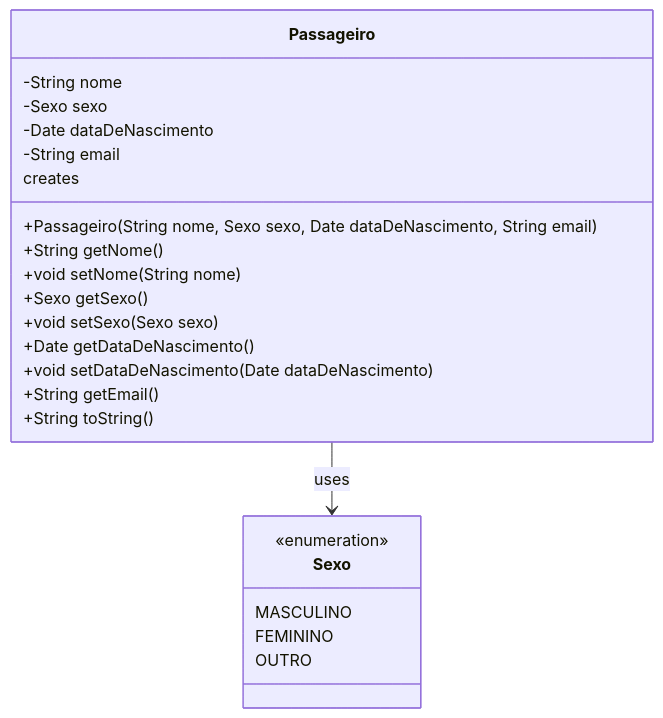
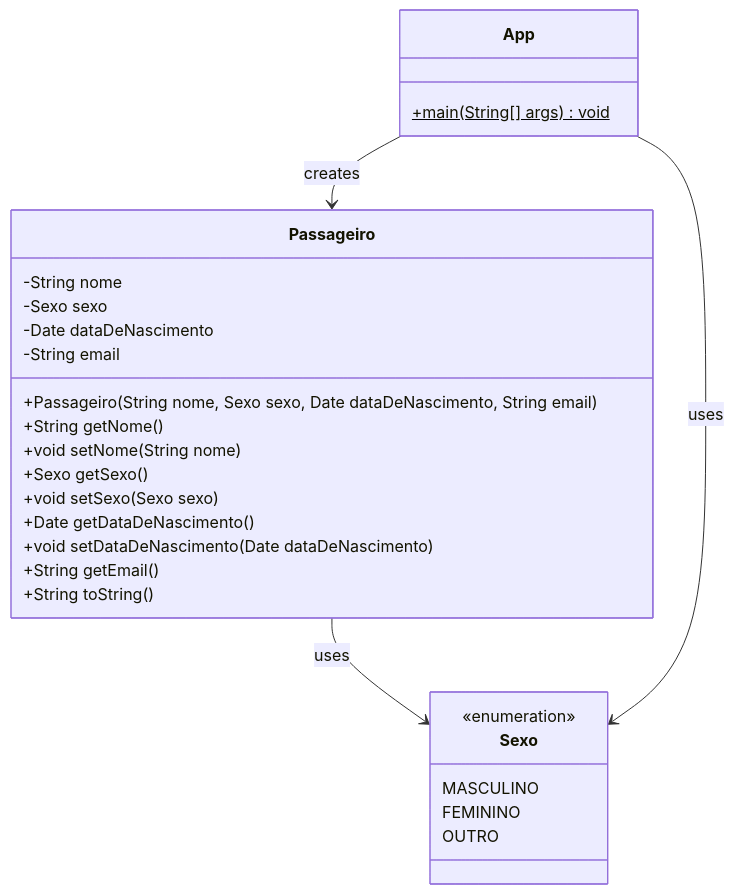
One commit to DEVigodE/ADS1232 changed the diagram in lista2/src/main/java/br/com/pucgo/exercicio1/diagrama-uml.mmd. Above: the diagram before and after it, drawn with Mermaid. The commit also changed 28 other files, not shown here.

```diff
--- a/lista2/src/main/java/br/com/pucgo/exercicio1/diagrama-uml.mmd
+++ b/lista2/src/main/java/br/com/pucgo/exercicio1/diagrama-uml.mmd
@@ -1,27 +1,32 @@
 classDiagram
     class Sexo {
         <<enumeration>>
         MASCULINO
         FEMININO
         OUTRO
     }
     
     class Passageiro {
         -String nome
         -Sexo sexo
         -Date dataDeNascimento
         -String email
         
         +Passageiro(String nome, Sexo sexo, Date dataDeNascimento, String email)
         +String getNome()
         +void setNome(String nome)
         +Sexo getSexo()
         +void setSexo(Sexo sexo)
         +Date getDataDeNascimento()
         +void setDataDeNascimento(Date dataDeNascimento)
         +String getEmail()
         +String toString()
     }
+
+    class App {
+        +main(String[] args)$ void
+    }
     
     Passageiro --> Sexo : uses
-    Passageiro : creates
+    App --> Passageiro : creates
+    App --> Sexo : uses
```
